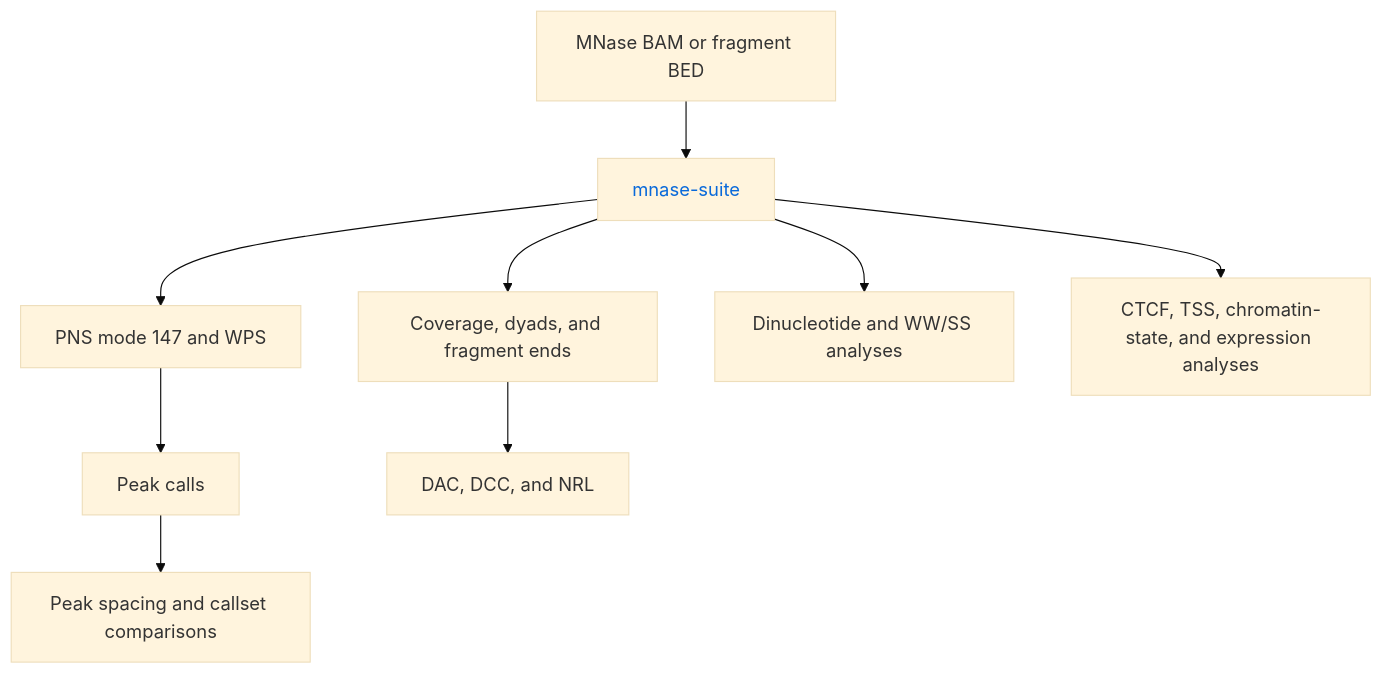
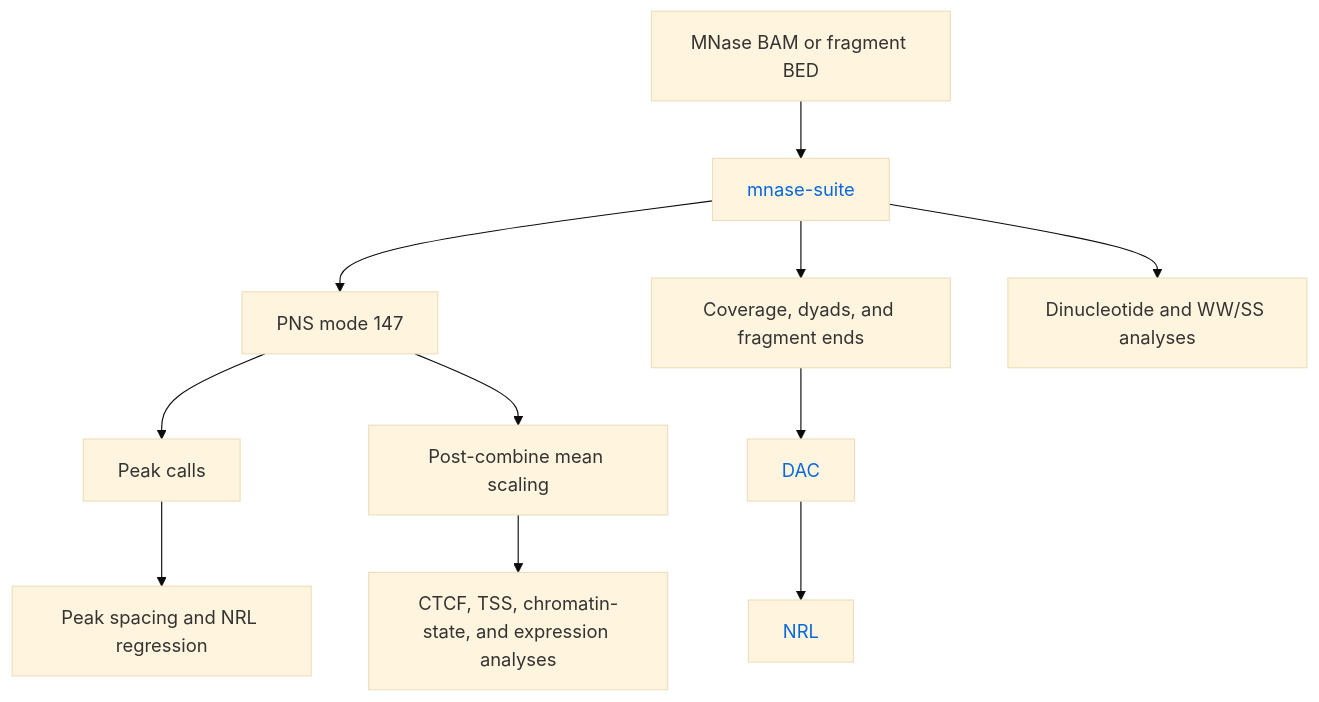
One commit to adjohnston85/NucleoSuite changed the third of 16 diagrams in docs/WORKFLOWS.md. Above: the diagram before and after it, drawn with Mermaid (base theme). The commit also changed other lines of this file and 23 other files, not shown here.

````diff
--- a/docs/WORKFLOWS.md
+++ b/docs/WORKFLOWS.md
@@ -73,15 +76,19 @@
 ```mermaid
 flowchart TB
     A[MNase BAM or fragment BED] --> B[mnase-suite]
-    B --> C[PNS mode 147 and WPS]
+    B --> C[PNS mode 147]
     B --> D[Coverage, dyads, and fragment ends]
     B --> E[Dinucleotide and WW/SS analyses]
     C --> F[Peak calls]
-    D --> G[DAC, DCC, and NRL]
-    F --> H[Peak spacing and callset comparisons]
-    B --> I[CTCF, TSS, chromatin-state, and expression analyses]
+    D --> G[DAC]
+    G --> N[NRL]
+    F --> H[Peak spacing and NRL regression]
+    C --> S[Post-combine mean scaling]
+    S --> I[CTCF, TSS, chromatin-state, and expression analyses]
 
     classDef commandLink color:#0969da,text-decoration:none;
-    class B commandLink;
+    class B,G,N commandLink;
     click B href "https://github.com/adjohnston85/NucleoSuite/blob/main/docs/commands/mnase-suite.md" "Open mnase-suite documentation"
+    click G href "https://github.com/adjohnston85/NucleoSuite/blob/main/docs/commands/dac.md" "Open dac documentation"
+    click N href "https://github.com/adjohnston85/NucleoSuite/blob/main/docs/commands/nrl.md" "Open nrl documentation"
 ```
````
